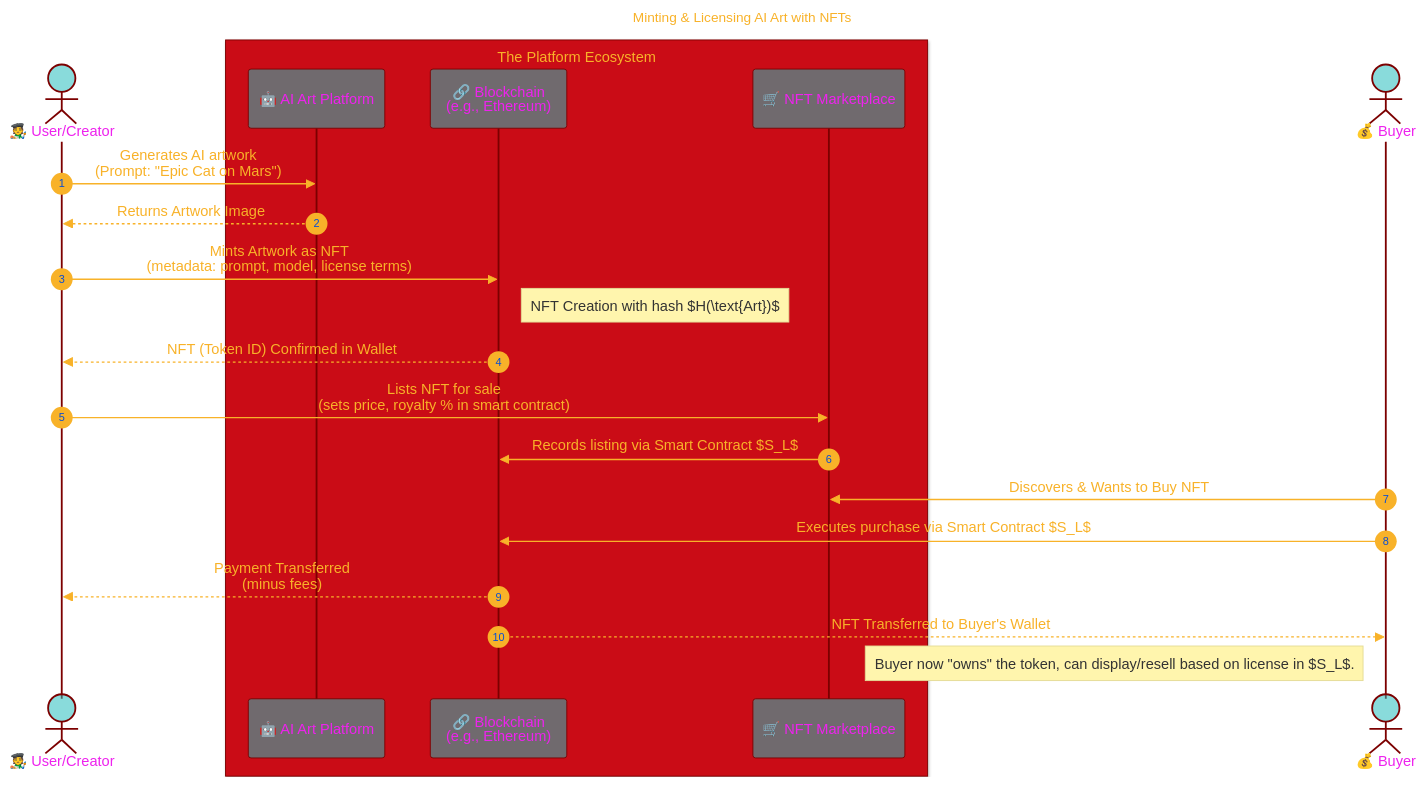
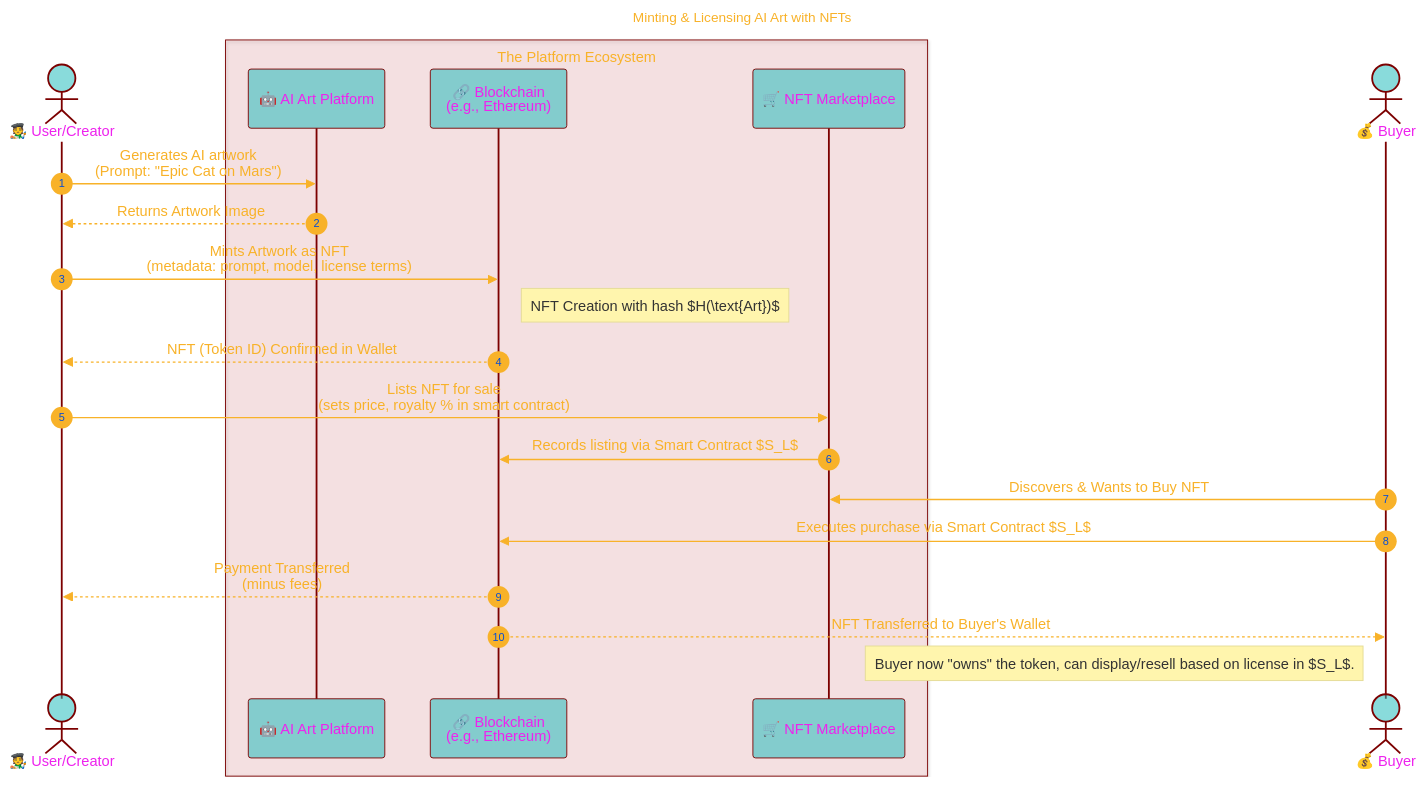
The sixth of 7 diagrams in THE_PAST/PART-4_Consolidated_info.md (CongLeSolutionX/Digital-Bedrock-Landscape), drawn with Mermaid before and after one commit. The commit also changed other lines of this file, not shown here.

````diff
--- a/THE_PAST/PART-4_Consolidated_info.md
+++ b/THE_PAST/PART-4_Consolidated_info.md
@@ -395,54 +409,54 @@
 ```mermaid
 ---
 title: "Minting & Licensing AI Art with NFTs"
 author: "Cong Le"
 version: "0.1"
 license(s): "MIT, CC BY 4.0"
 copyright: "Copyright (c) 2025 Cong Le. All Rights Reserved."
 config:
   layout: elk
   theme: base
 ---
 %%%%%%%% Mermaid version v11.4.1-b.14
 %%{
   init: {
     'sequence': { 'mirrorActors': true, 'showSequenceNumbers': true, 'actorMargin': 50 },
     'fontFamily': 'Monaco',
     'themeVariables': {
       'primaryColor': '#2BB8',
       'primaryBorderColor': '#7C0000',
       'lineColor': '#F8B229',
       'secondaryColor': '#6122',
       'tertiaryColor': '#fff',
       'fontSize': '15px',
       'textColor': '#F8B229',
       'actorTextColor': '#E2E',
       'stroke':'#033',
       'stroke-width': '0.2px'
     }
   }
 }%%
 sequenceDiagram
     actor User as 🧑‍🎨 User/Creator
-	box rgb(202, 12, 22) The Platform Ecosystem
+	box rgb(202, 12, 22, 0.1) The Platform Ecosystem
     	participant AIP_Platform as 🤖 AI Art Platform
     	participant Blockchain as 🔗 Blockchain <br/>(e.g., Ethereum)
     	participant Marketplace as 🛒 NFT Marketplace
 	end
     actor Buyer as 💰 Buyer
 
     User->>AIP_Platform: Generates AI artwork <br/>(Prompt: "Epic Cat on Mars")
     AIP_Platform-->>User: Returns Artwork Image
     User->>Blockchain: Mints Artwork as NFT <br/>(metadata: prompt, model, license terms)
     Note right of Blockchain: NFT Creation with hash $H(\text{Art})$
     Blockchain-->>User: NFT (Token ID) Confirmed in Wallet
 
     User->>Marketplace: Lists NFT for sale <br/>(sets price, royalty % in smart contract)
     Marketplace->>Blockchain: Records listing via Smart Contract $S_L$
 
     Buyer->>Marketplace: Discovers & Wants to Buy NFT
     Buyer->>Blockchain: Executes purchase via Smart Contract $S_L$
     Blockchain-->>User: Payment Transferred <br/>(minus fees)
     Blockchain-->>Buyer: NFT Transferred to Buyer's Wallet
     Note left of Buyer: Buyer now "owns" the token, can display/resell based on license in $S_L$.
 ```
````
